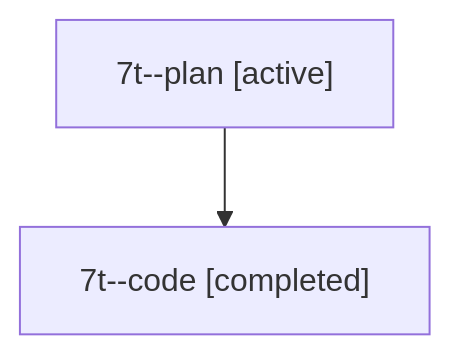
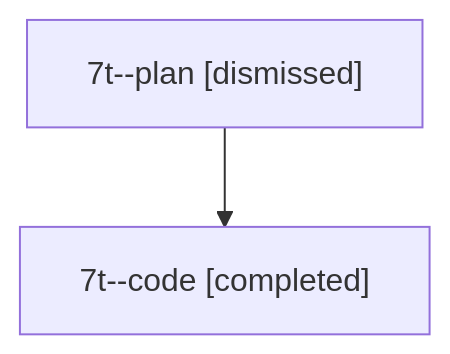
The diagram in sessions/bbugyi200.athena.7t.md (sase-org/sase--agents), drawn with Mermaid before and after one commit. The commit also changed other lines of this file and 18 other files, not shown here.

````diff
--- a/sessions/bbugyi200.athena.7t.md
+++ b/sessions/bbugyi200.athena.7t.md
@@ -9,6 +9,6 @@
 ```mermaid
 flowchart TD
-  n0["7t--plan [active]"]
+  n0["7t--plan [dismissed]"]
   n1["7t--code [completed]"]
   n0 --> n1
 ```
````
